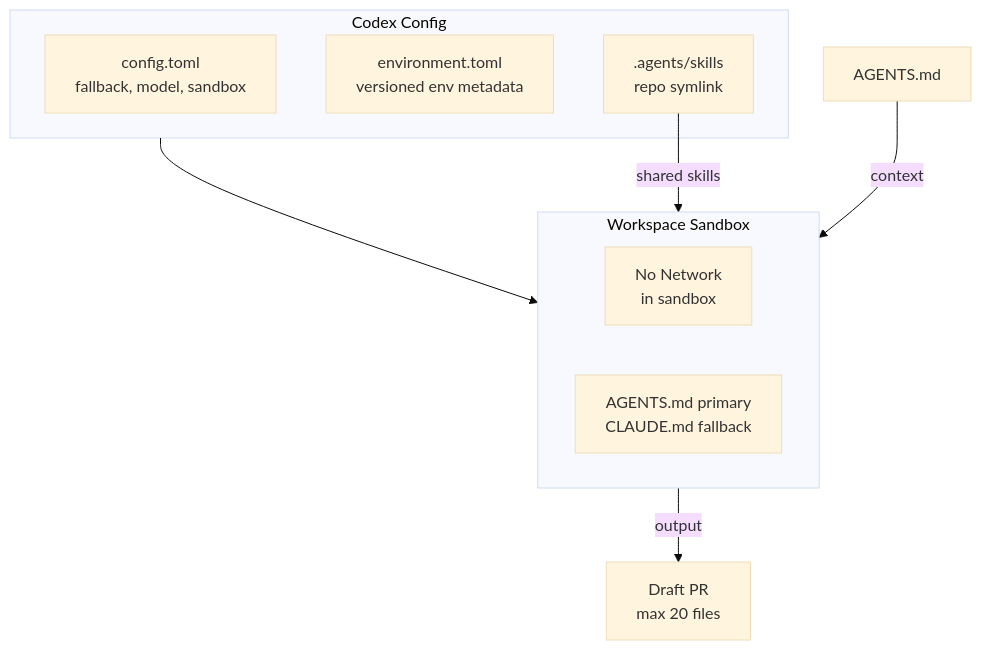
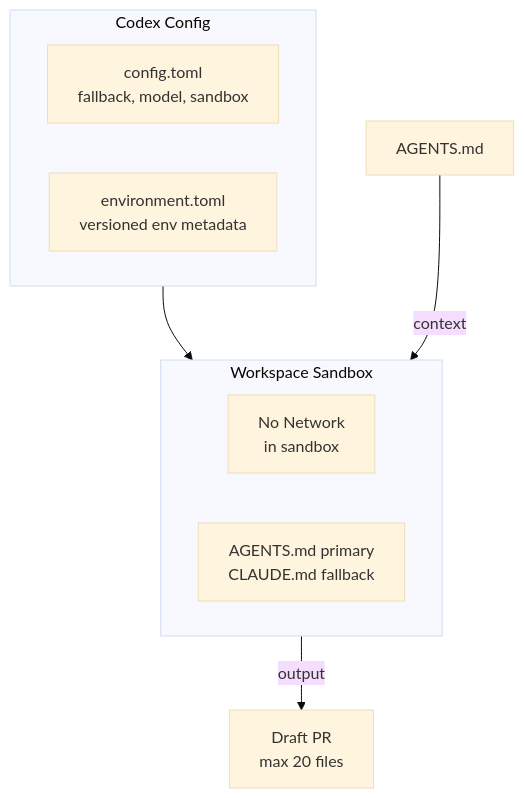
Before and after one commit to greenpill-dev-guild/green-goods: the diagram in docs/docs/builders/agentic/codex.mdx, drawn with Mermaid (base theme). The commit also changed other lines of this file and 21 other files, not shown here.

````diff
--- a/docs/docs/builders/agentic/codex.mdx
+++ b/docs/docs/builders/agentic/codex.mdx
@@ -14,20 +14,18 @@
 ```mermaid
 graph TB
     subgraph Config["Codex Config"]
         TOML["config.toml\nfallback, model, sandbox"]
         ENV["environment.toml\nversioned env metadata"]
-        SYM[".agents/skills\nrepo symlink"]
     end
 
     subgraph Sandbox["Workspace Sandbox"]
         NoNet["No Network\nin sandbox"]
         Docs["AGENTS.md primary\nCLAUDE.md fallback"]
     end
 
     Config --> Sandbox
 
     AGENTS["AGENTS.md"] -->|context| Sandbox
-    SYM -->|shared skills| Sandbox
 
     Sandbox -->|output| PR["Draft PR\nmax 20 files"]
 ```
````
